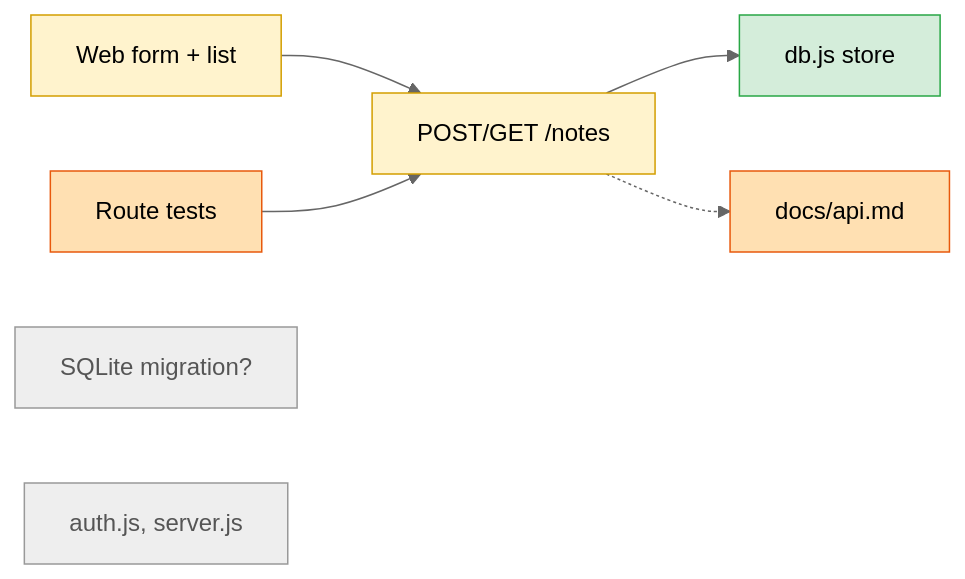
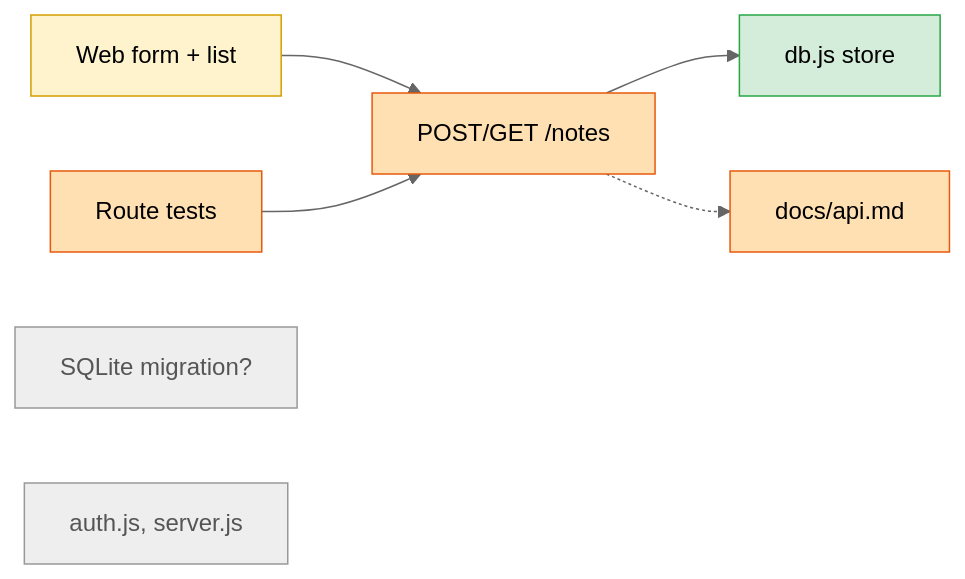
Before and after one commit to BaiGanio/skills: the first of 5 diagrams in skills/blast-radius/examples/example-before-after.md, drawn with Mermaid (neutral theme). The commit also changed other lines of this file and 1 other file, not shown here.

First line of the commit message:
Diagrams: a box gets the biggest size of the parts it touches

````diff
--- a/skills/blast-radius/examples/example-before-after.md
+++ b/skills/blast-radius/examples/example-before-after.md
@@ -15,13 +15,13 @@
 ```mermaid
 flowchart LR
-  Form[Web form + list]:::m --> Route[POST/GET /notes]:::m
+  Form[Web form + list]:::m --> Route[POST/GET /notes]:::l
   Route --> Store[db.js store]:::s
   Route -.-> Contract[docs/api.md]:::l
   Tests[Route tests]:::l --> Route
   Mig[SQLite migration?]:::same
   Auth[auth.js, server.js]:::same
   classDef s fill:#d4edda,stroke:#28a745,color:#000
   classDef m fill:#fff3cd,stroke:#d39e00,color:#000
   classDef l fill:#ffe0b2,stroke:#e8590c,color:#000
   classDef same fill:#eeeeee,stroke:#999999,color:#555
 ```
````
